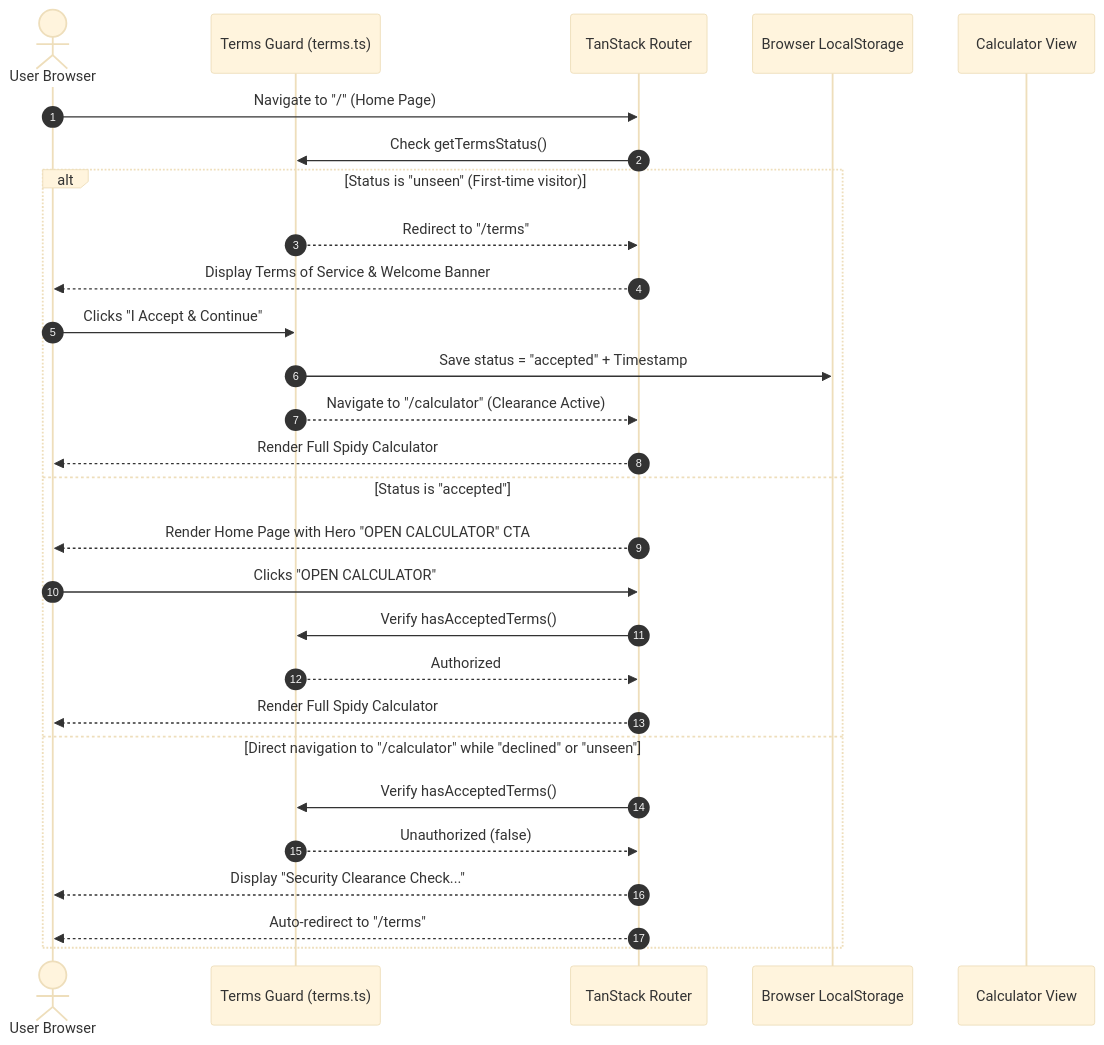
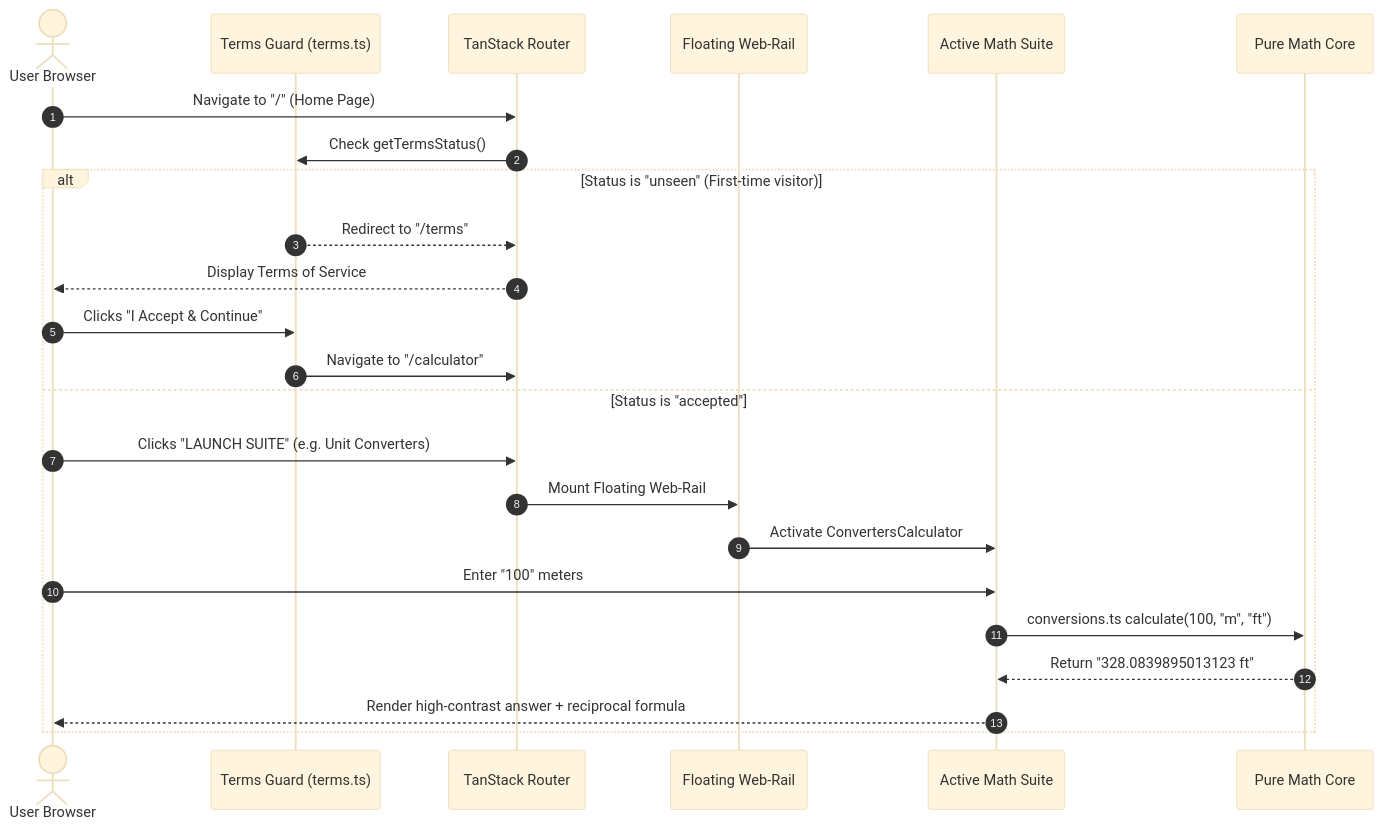
One commit to VARA4u-tech/spidy-calculator changed the second of 2 diagrams in README.md. Above: the diagram before and after it, drawn with Mermaid (base theme). The commit also changed other lines of this file and 4 other files, not shown here.

First line of the commit message:
Enhance SpiderWebRail tooltip behavior, improve Ring Size Calculator UI, and update homepage content for clarity and engagement

````diff
--- a/README.md
+++ b/README.md
@@ -385,31 +415,27 @@
 ```mermaid
 sequenceDiagram
     autonumber
     actor User as User Browser
     participant Guard as Terms Guard (terms.ts)
     participant Route as TanStack Router
-    participant Store as Browser LocalStorage
-    participant Calc as Calculator View
+    participant Rail as Floating Web-Rail
+    participant Suite as Active Math Suite
+    participant Engine as Pure Math Core
 
     User->>Route: Navigate to "/" (Home Page)
     Route->>Guard: Check getTermsStatus()
     alt Status is "unseen" (First-time visitor)
         Guard-->>Route: Redirect to "/terms"
-        Route-->>User: Display Terms of Service & Welcome Banner
+        Route-->>User: Display Terms of Service
         User->>Guard: Clicks "I Accept & Continue"
-        Guard->>Store: Save status = "accepted" + Timestamp
-        Guard-->>Route: Navigate to "/calculator" (Clearance Active)
-        Route-->>User: Render Full Spidy Calculator
+        Guard->>Route: Navigate to "/calculator"
     else Status is "accepted"
-        Route-->>User: Render Home Page with Hero "OPEN CALCULATOR" CTA
-        User->>Route: Clicks "OPEN CALCULATOR"
-        Route->>Guard: Verify hasAcceptedTerms()
-        Guard-->>Route: Authorized
-        Route-->>User: Render Full Spidy Calculator
-    else Direct navigation to "/calculator" while "declined" or "unseen"
-        Route->>Guard: Verify hasAcceptedTerms()
-        Guard-->>Route: Unauthorized (false)
-        Route-->>User: Display "Security Clearance Check..."
-        Route-->>User: Auto-redirect to "/terms"
+        User->>Route: Clicks "LAUNCH SUITE" (e.g. Unit Converters)
+        Route->>Rail: Mount Floating Web-Rail
+        Rail->>Suite: Activate ConvertersCalculator
+        User->>Suite: Enter "100" meters
+        Suite->>Engine: conversions.ts calculate(100, "m", "ft")
+        Engine-->>Suite: Return "328.0839895013123 ft"
+        Suite-->>User: Render high-contrast answer + reciprocal formula
     end
 ```
````
